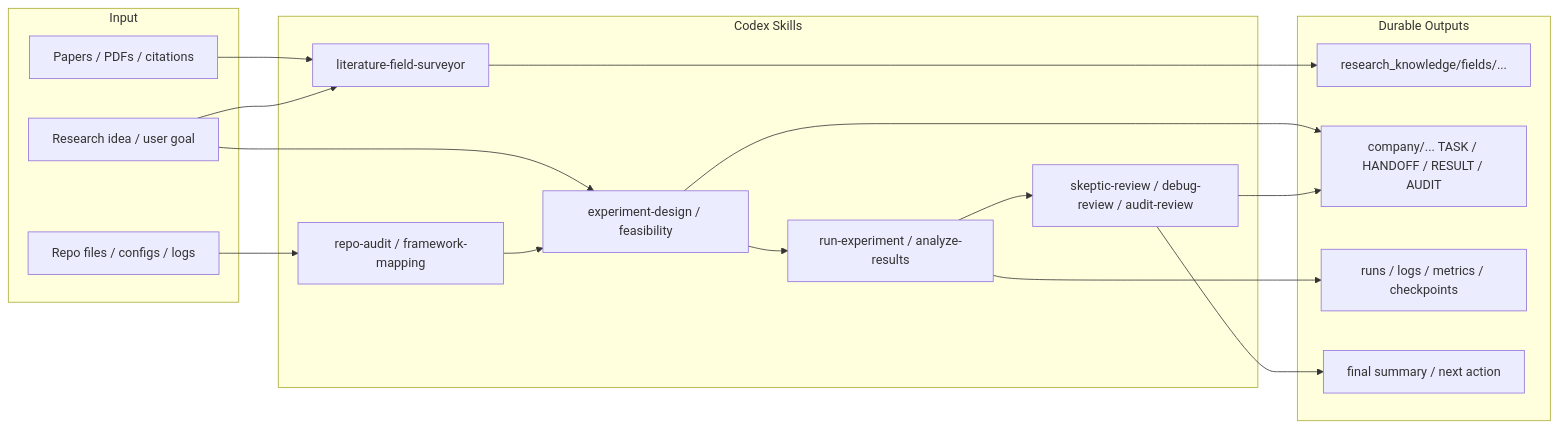
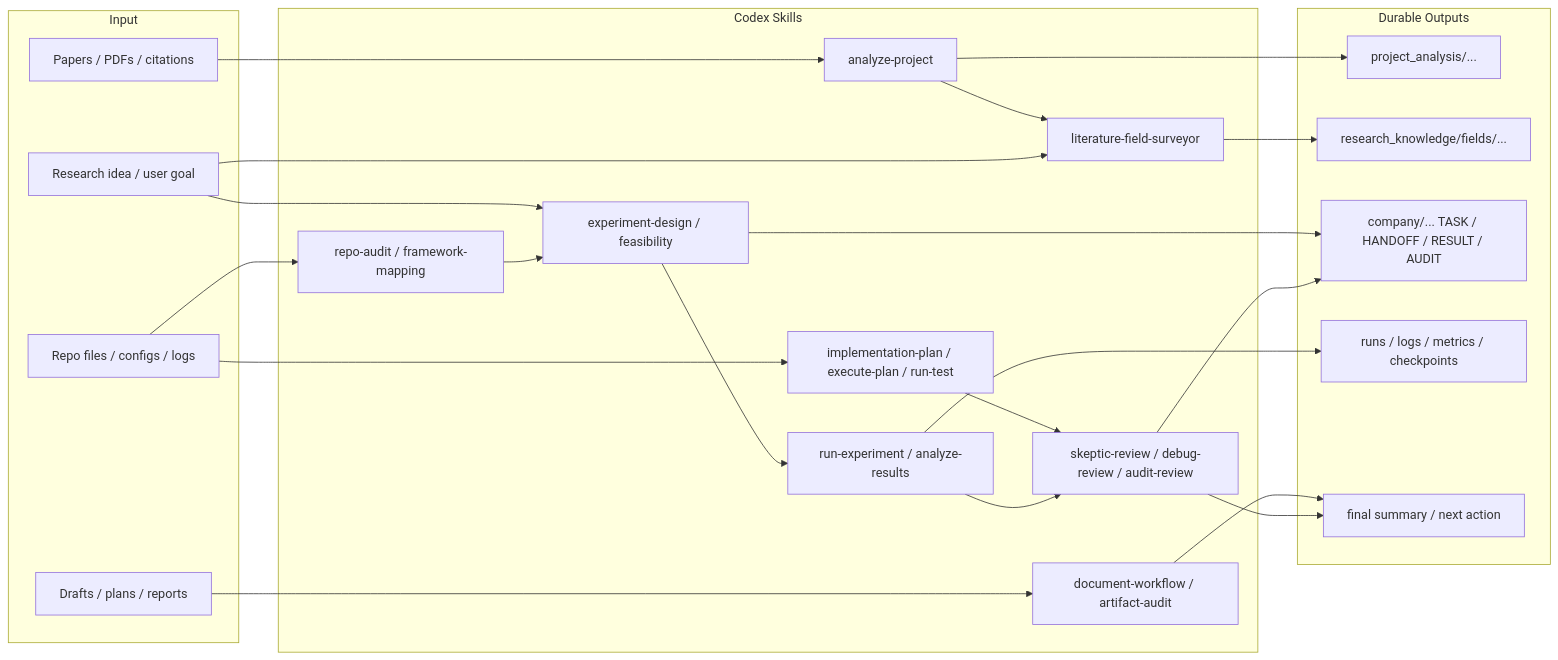
The third of 9 diagrams in README.md (woosook0127/Codex_Skillset), drawn with Mermaid before and after one commit. The commit also changed other lines of this file and 13 other files, not shown here.

````diff
--- a/README.md
+++ b/README.md
@@ -104,33 +135,43 @@
 ```mermaid
 flowchart LR
     subgraph INPUT["Input"]
         PAPER["Papers / PDFs / citations"]
         CODE["Repo files / configs / logs"]
         IDEA["Research idea / user goal"]
+        DOC["Drafts / plans / reports"]
     end
 
     subgraph SKILLS["Codex Skills"]
+        AP["analyze-project"]
         LIT["literature-field-surveyor"]
         MAP["repo-audit / framework-mapping"]
+        IMPL["implementation-plan / execute-plan / run-test"]
         DESIGN["experiment-design / feasibility"]
         EXEC["run-experiment / analyze-results"]
+        DOCSK["document-workflow / artifact-audit"]
         REVIEW["skeptic-review / debug-review / audit-review"]
     end
 
     subgraph OUTPUT["Durable Outputs"]
+        PA["project_analysis/..."]
         KB["research_knowledge/fields/..."]
         COMPANY["company/... TASK / HANDOFF / RESULT / AUDIT"]
         RUNS["runs / logs / metrics / checkpoints"]
         REPORT["final summary / next action"]
     end
 
-    PAPER --> LIT --> KB
+    PAPER --> AP --> LIT --> KB
     IDEA --> LIT
     IDEA --> DESIGN
     CODE --> MAP
+    CODE --> IMPL
+    DOC --> DOCSK
+    AP --> PA
     MAP --> DESIGN
+    IMPL --> REVIEW
     DESIGN --> COMPANY
     DESIGN --> EXEC --> RUNS
+    DOCSK --> REPORT
     EXEC --> REVIEW --> REPORT
     REVIEW --> COMPANY
 ```
````
